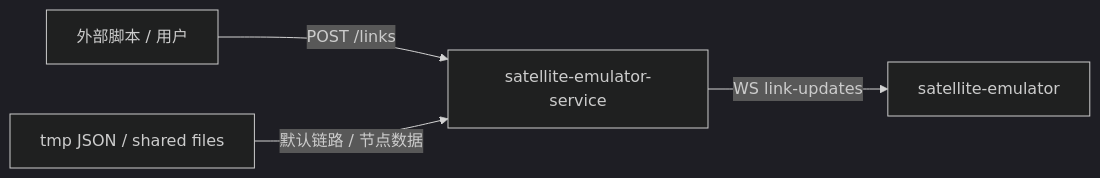
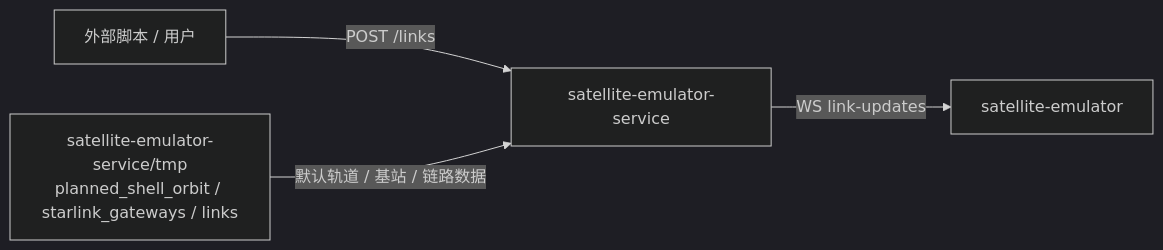
The diagram in docs/satellite-emulator-service.md (cy-gitlab/seed-visualization), drawn with Mermaid (dark theme) before and after one commit. The commit also changed other lines of this file and 103 other files, not shown here.

````diff
--- a/docs/satellite-emulator-service.md
+++ b/docs/satellite-emulator-service.md
@@ -21,12 +22,12 @@
 ```mermaid
 %%{init: {"flowchart": {"useMaxWidth": true, "htmlLabels": true}} }%%
 flowchart LR
   Frontend["satellite-emulator"]
   API["satellite-emulator-service"]
-  Tmp["tmp JSON / shared files"]
+  Tmp["satellite-emulator-service/tmp<br/>planned_shell_orbit / starlink_gateways / links"]
   External["外部脚本 / 用户"]
 
   External -->|"POST /links"| API
-  Tmp -->|"默认链路 / 节点数据"| API
+  Tmp -->|"默认轨道 / 基站 / 链路数据"| API
   API -->|"WS link-updates"| Frontend
 ```
````
